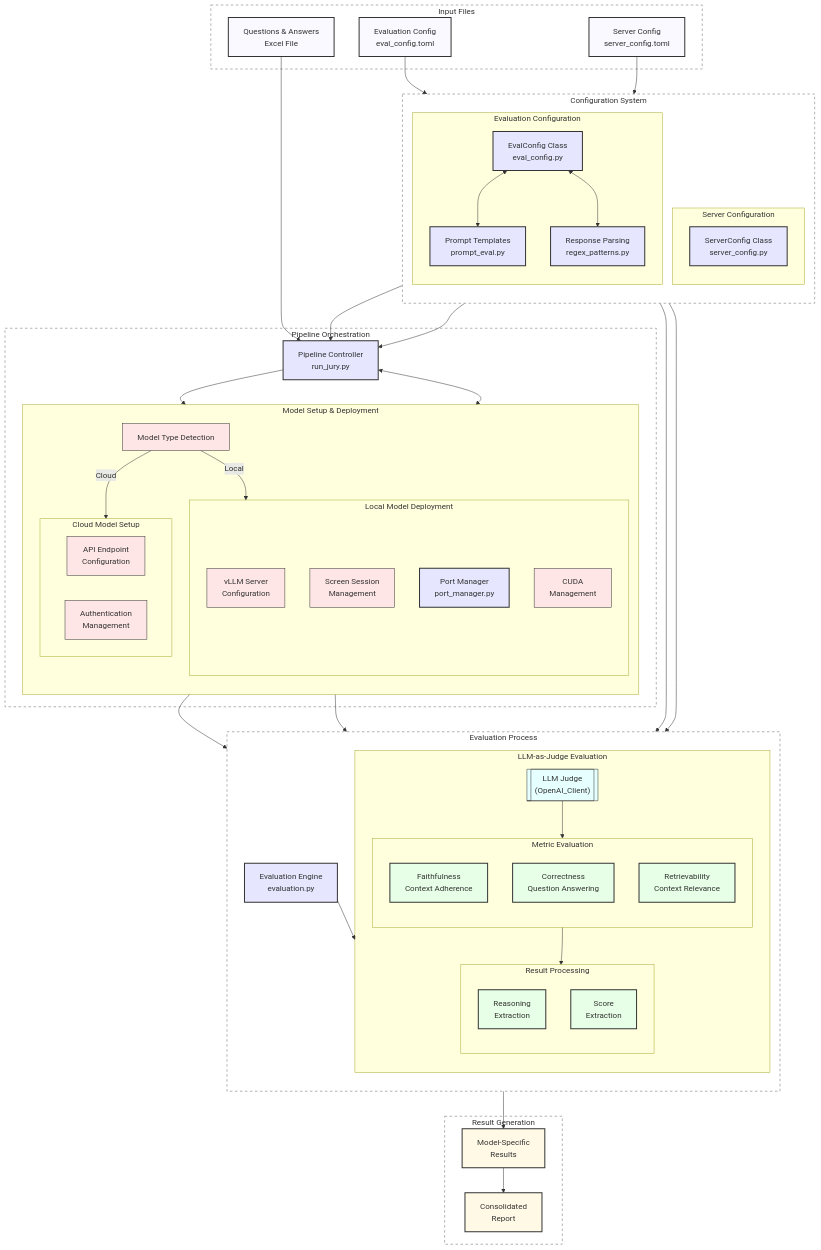
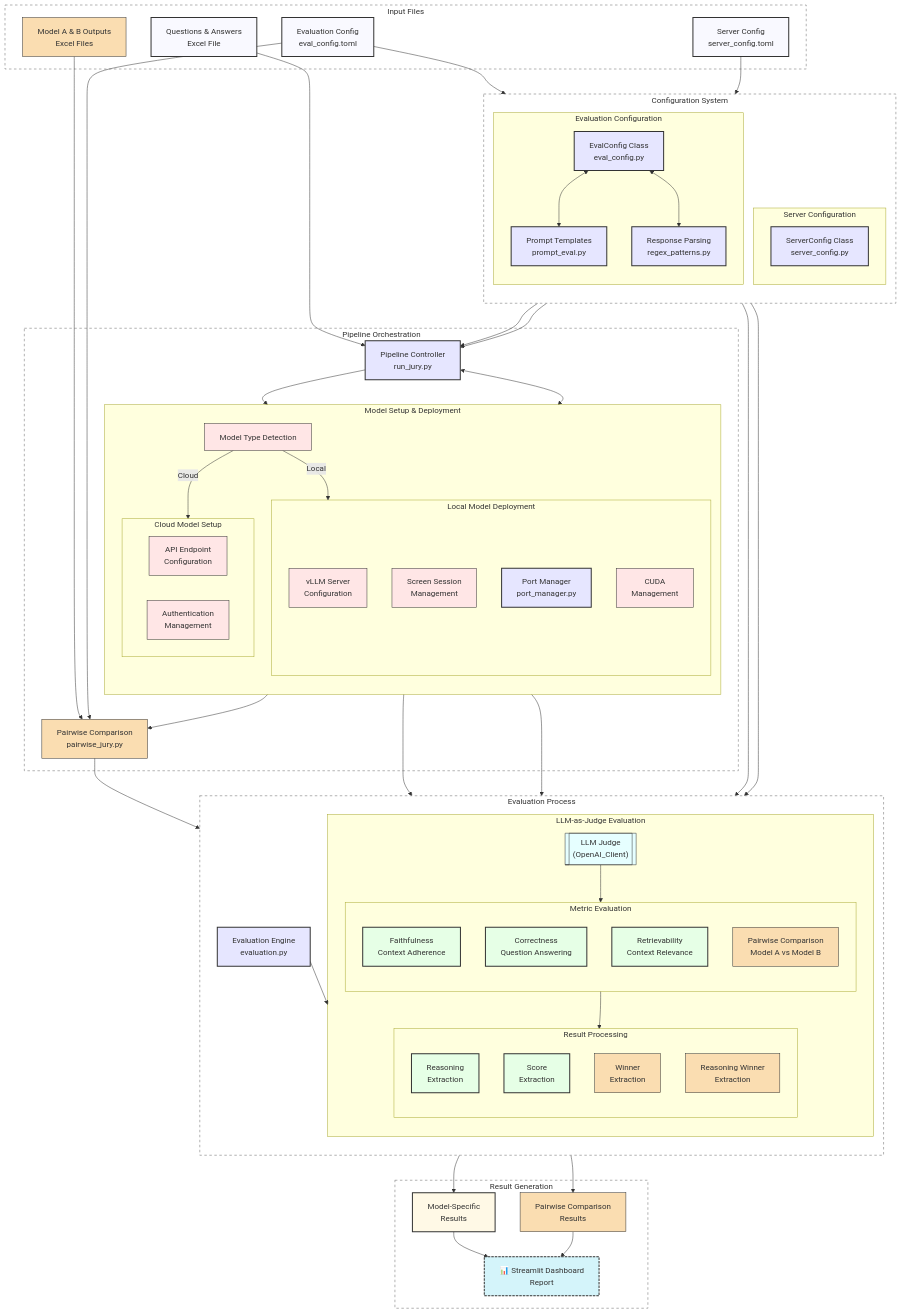
Before and after one commit to rte-france/wattelse: the diagram in wattelse/evaluation_pipeline/README.md, drawn with Mermaid. The commit also changed other lines of this file, not shown here.

````diff
--- a/wattelse/evaluation_pipeline/README.md
+++ b/wattelse/evaluation_pipeline/README.md
@@ -12,8 +12,8 @@
         QA[Questions & Answers<br/>Excel File]
         CF[Evaluation Config<br/>eval_config.toml]
         SF[Server Config<br/>server_config.toml]
+        PA[Model A & B Outputs<br/>Excel Files]
     end
-
     %% Configuration System with clearer separation
     subgraph ConfigSystem["Configuration System"]
         direction TB
@@ -21,17 +21,16 @@
         subgraph ServerConfig["Server Configuration"]
             SC[ServerConfig Class<br/>server_config.py]
         end
-
         subgraph EvalConfig["Evaluation Configuration"]
             EC[EvalConfig Class<br/>eval_config.py]
             RP[Response Parsing<br/>regex_patterns.py]
             PE[Prompt Templates<br/>prompt_eval.py]
         end
     end
-
     %% Orchestration with improved model setup
     subgraph Orchestration["Pipeline Orchestration"]
         RS[Pipeline Controller<br/>run_jury.py]
+        PJ[Pairwise Comparison<br/>pairwise_jury.py]
         
         subgraph ModelSetup["Model Setup & Deployment"]
             direction TB
@@ -50,7 +49,6 @@
             end
         end
     end
-
     %% Evaluation Process with metrics - ENHANCED SECTION
     subgraph Evaluation["Evaluation Process"]
         direction TB
@@ -64,47 +62,53 @@
                 FA[Faithfulness<br/>Context Adherence]
                 CO[Correctness<br/>Question Answering]
                 RE[Retrievability<br/>Context Relevance]
+                PWC[Pairwise Comparison<br/>Model A vs Model B]
             end
             
             subgraph ResultProc["Result Processing"]
                 direction TB
                 RA[Reasoning<br/>Extraction]
                 SC1[Score<br/>Extraction]
+                WD[Winner<br/>Extraction]
+                WDR[Reasoning Winner<br/>Extraction]
             end
         end
     end
-
     %% Output generation
     subgraph Output["Result Generation"]
         IR[Model-Specific<br/>Results]
-        FR[Consolidated<br/>Report]
+        FR[📊 Streamlit Dashboard<br/>Report]
+        PCR[Pairwise Comparison<br/>Results]
     end
-
     %% Main flow connections - reorganized for clarity
     CF --> EC
     SF --> SC
     EC <--> PE & RP
     QA --> RS
+    PA --> PJ
+    CF --> PJ
     SC --> RS
     EC --> RS
-
     RS --> MS
     MS --> |Local|LocalModels
     MS --> |Cloud|CloudModels
     LocalModels --> EV
     CloudModels --> EV
+    CloudModels --> PJ
     EV --> LLMEval
+    PJ --> LG
     
     LG --> MetricEval
     MetricEval --> ResultProc
     RP --> ResultProc
     
     ResultProc --> IR
+    ResultProc --> PCR
     IR --> FR
+    PCR --> FR
     PE --> LG
     
     RS <--> PM
-
     %% Styling
     classDef configFile fill:#f9f9ff,stroke:#333,stroke-width:2px
     classDef codeFile fill:#e6e6ff,stroke:#333,stroke-width:2px
@@ -113,12 +117,16 @@
     classDef setup fill:#ffe6e6,stroke:#333,stroke-width:1px
     classDef llm fill:#e6ffff,stroke:#333,stroke-width:1px
     classDef container fill:#ffffff,stroke:#666,stroke-width:1px,stroke-dasharray: 5 5
+    classDef pairwise fill:#faddb1,stroke:#333,stroke-width:1px
+    classDef dashboard fill:#d4f4fa,stroke:#333,stroke-width:2px,stroke-dasharray: 5 2
 
-    class QA,CF,SF configFile
-    class EC,RP,PE,EV,RS,SC,PM codeFile
-    class FA,CO,RE,RA,SC1 process
-    class IR,FR output
+    class QA,CF,SF,PA configFile
+    class EC,RP,PE,EV,RS,SC,PM,PJ codeFile
+    class FA,CO,RE,RA,SC1,PWC,WD,WDR process
+    class IR,PCR output
     class MS,VM,SS,PC,API,AUTH setup
     class LG llm
     class ConfigSystem,Orchestration,Evaluation,Output,Input container
+    class PA,PJ,PWC,WD,WDR,PCR pairwise
+    class FR dashboard
 ```
````
